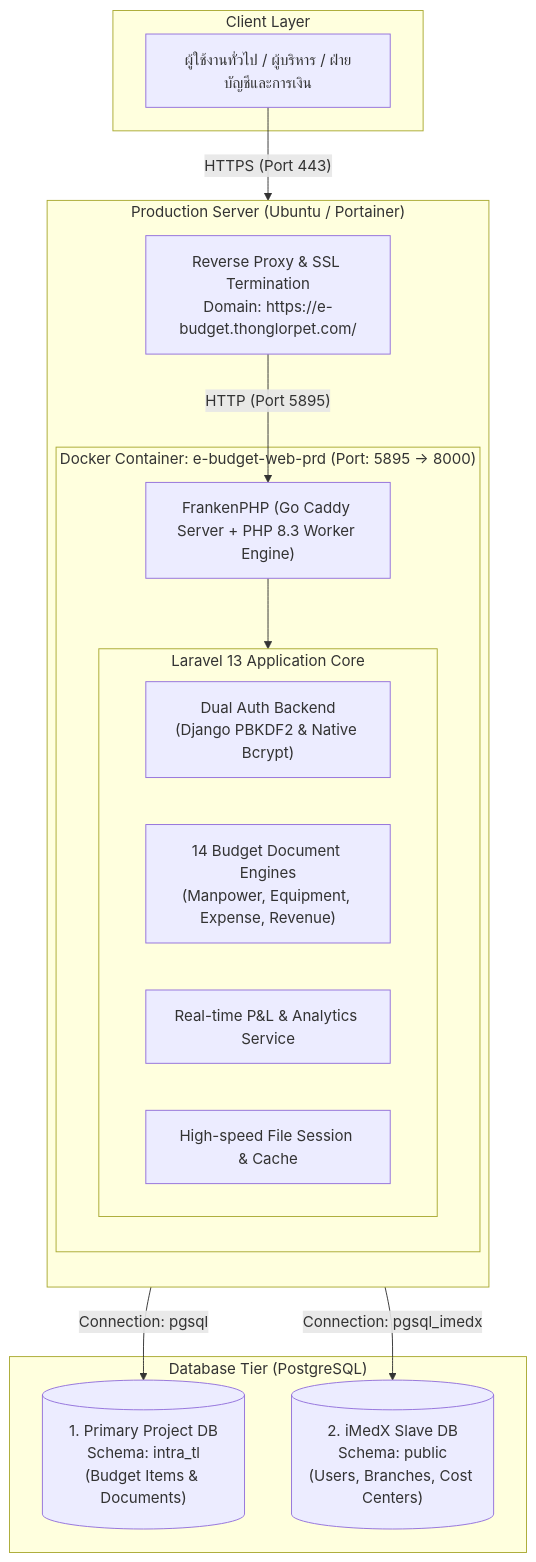
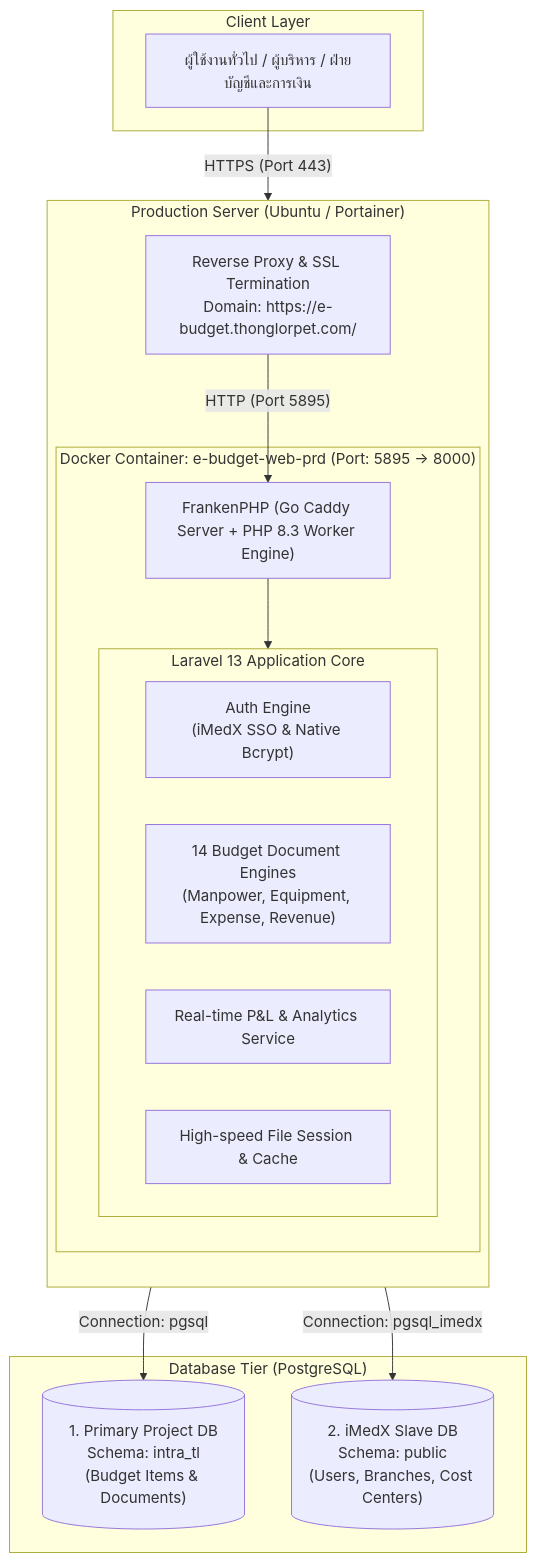
Before and after one commit to oat2535/E-Budget-PHP-Production: the diagram in README.md, drawn with Mermaid. The commit also changed other lines of this file and 4 other files, not shown here.

````diff
--- a/README.md
+++ b/README.md
@@ -12,35 +12,35 @@
 ```mermaid
 flowchart TD
     subgraph Clients ["Client Layer"]
         User["ผู้ใช้งานทั่วไป / ผู้บริหาร / ฝ่ายบัญชีและการเงิน"]
     end
 
     subgraph Infrastructure ["Production Server (Ubuntu / Portainer)"]
         direction TB
         Proxy["Reverse Proxy & SSL Termination<br/>Domain: https://e-budget.thonglorpet.com/"]
         
         subgraph Container ["Docker Container: e-budget-web-prd (Port: 5895 -> 8000)"]
             FPHP["FrankenPHP (Go Caddy Server + PHP 8.3 Worker Engine)"]
             
             subgraph LaravelApp ["Laravel 13 Application Core"]
-                Auth["Dual Auth Backend<br/>(Django PBKDF2 & Native Bcrypt)"]
+                Auth["Auth Engine<br/>(iMedX SSO & Native Bcrypt)"]
                 DocEngine["14 Budget Document Engines<br/>(Manpower, Equipment, Expense, Revenue)"]
                 DashboardEngine["Real-time P&L & Analytics Service"]
                 CacheSession["High-speed File Session & Cache"]
             end
             
             FPHP --> LaravelApp
         end
         
         Proxy -->|"HTTP (Port 5895)"| FPHP
     end
 
     subgraph DataLayer ["Database Tier (PostgreSQL)"]
         DB_Main[("1. Primary Project DB<br/>Schema: intra_tl<br/>(Budget Items & Documents)")]
         DB_Imedx[("2. iMedX Slave DB<br/>Schema: public<br/>(Users, Branches, Cost Centers)")]
     end
 
     User -->|"HTTPS (Port 443)"| Proxy
     LaravelApp -->|"Connection: pgsql"| DB_Main
     LaravelApp -->|"Connection: pgsql_imedx"| DB_Imedx
 ```
````
